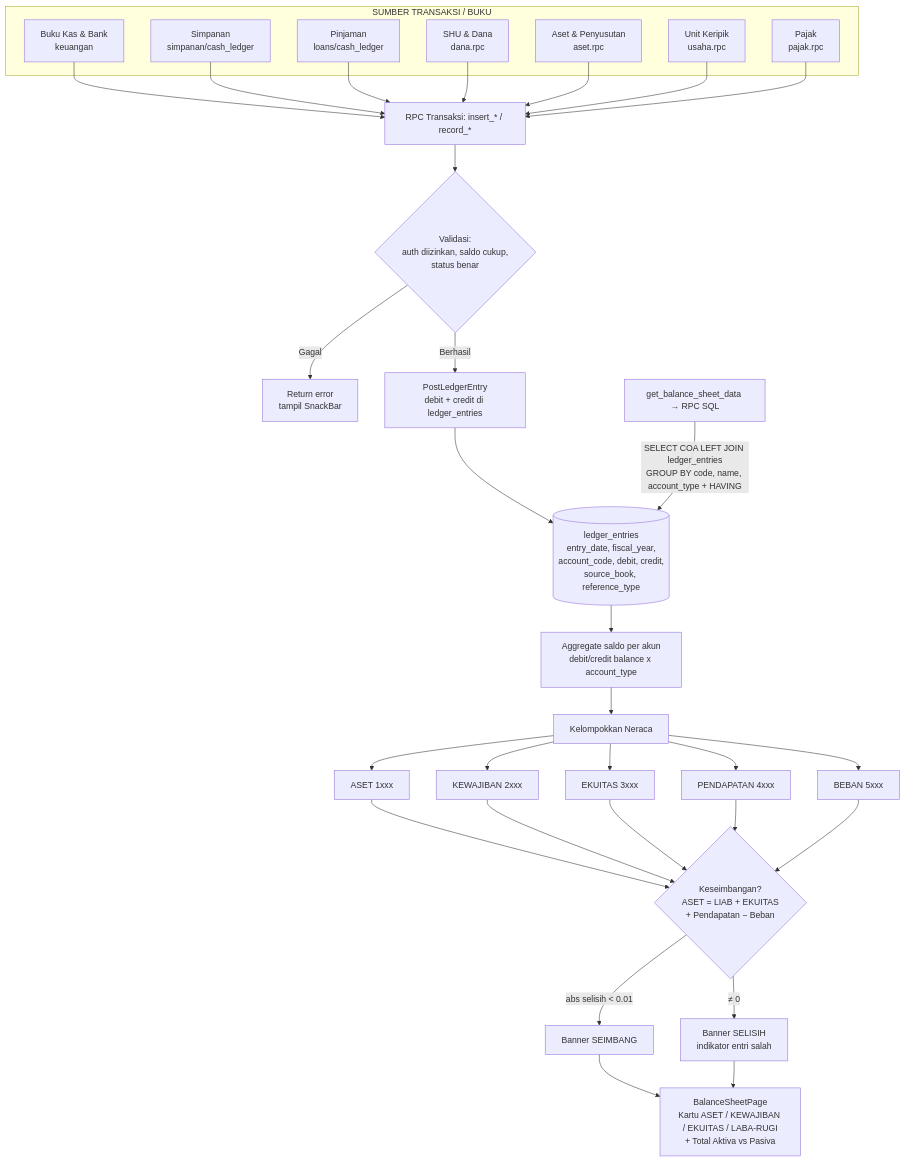
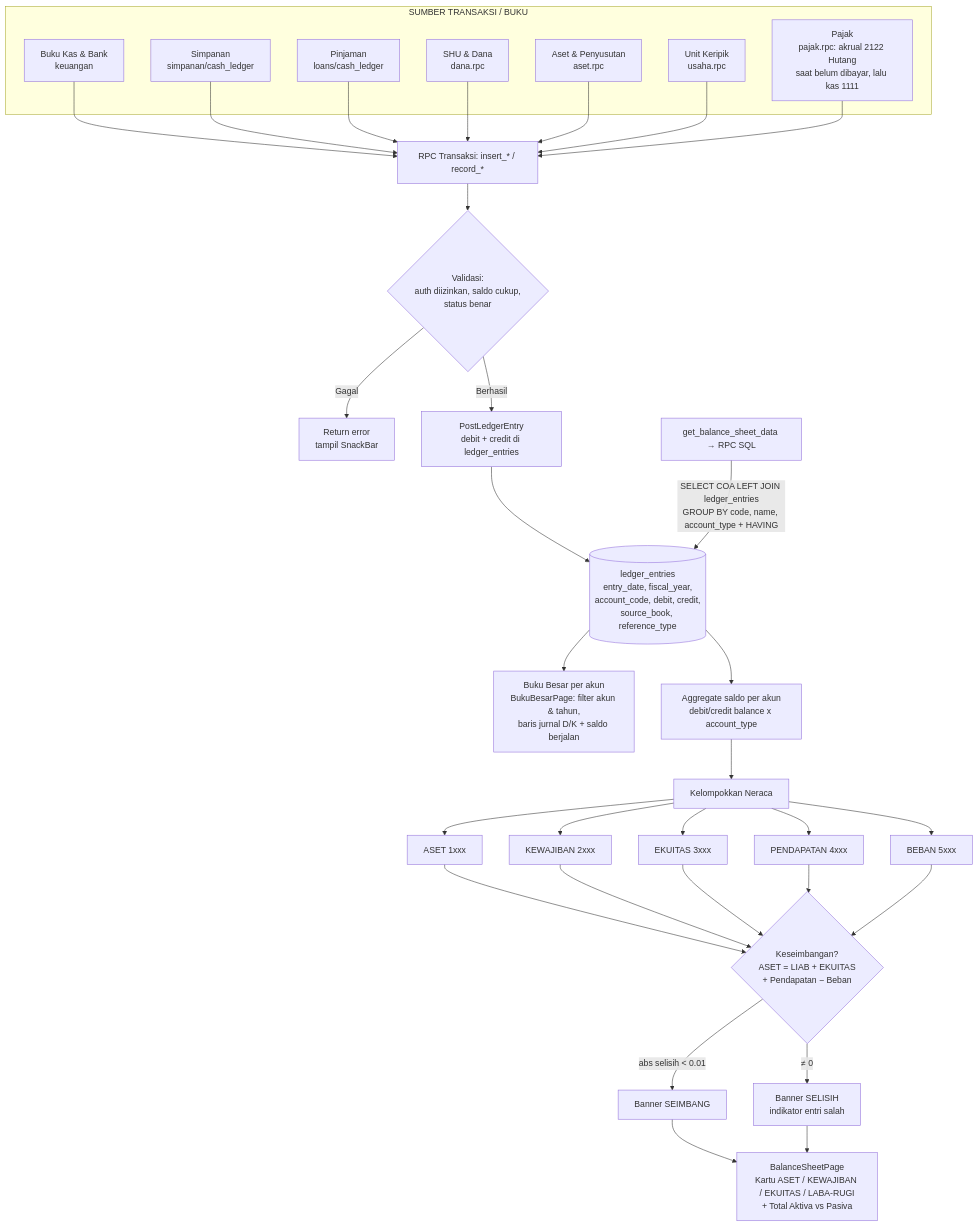
One commit to eLgorythm/sadaya-ksu changed the third of 4 diagrams in Flowchart-Sadaya.md. Above: the diagram before and after it, drawn with Mermaid. The commit also changed other lines of this file and 9 other files, not shown here.

Commit message:
feat(ledger): Buku Besar per akun + akrual pajak (2122) + Buku Besar di navbar

````diff
--- a/Flowchart-Sadaya.md
+++ b/Flowchart-Sadaya.md
@@ -107,47 +113,48 @@
 ```mermaid
 flowchart TD
     subgraph SUMBER[SUMBER TRANSAKSI / BUKU]
         K[Buku Kas & Bank<br/>keuangan]
         SIM[Simpanan<br/>simpanan/cash_ledger]
         PIN[Pinjaman<br/>loans/cash_ledger]
         DAN[SHU & Dana<br/>dana.rpc]
         AST[Aset & Penyusutan<br/>aset.rpc]
         USA[Unit Keripik<br/>usaha.rpc]
-        P[Pajak<br/>pajak.rpc]
+        P[Pajak<br/>pajak.rpc: akrual 2122 Hutang<br/>saat belum dibayar, lalu kas 1111]
     end
 
     K --> RPC[RPC Transaksi: insert_* / record_*]
     SIM --> RPC
     PIN --> RPC
     DAN --> RPC
     AST --> RPC
     USA --> RPC
     P --> RPC
 
     RPC --> VALID{Validasi:<br/>auth diizinkan, saldo cukup,<br/>status benar}
     VALID -->|Gagal| ERR[Return error<br/>tampil SnackBar]
     VALID -->|Berhasil| POST[PostLedgerEntry<br/>debit + credit di ledger_entries]
 
     POST --> LEDGER[(ledger_entries<br/>entry_date, fiscal_year,<br/>account_code, debit, credit,<br/>source_book, reference_type)]
 
     NERACA_RPC[get_balance_sheet_data → RPC SQL] -->|SELECT COA LEFT JOIN ledger_entries<br/>GROUP BY code, name, account_type + HAVING| LEDGER
+    LEDGER --> BBDETAIL[Buku Besar per akun<br/>BukuBesarPage: filter akun & tahun,<br/>baris jurnal D/K + saldo berjalan]
     LEDGER --> AGG[Aggregate saldo per akun<br/>debit/credit balance x account_type]
 
     AGG --> GRP[Kelompokkan Neraca]
     GRP --> G1[ASET 1xxx]
     GRP --> G2[KEWAJIBAN 2xxx]
     GRP --> G3[EKUITAS 3xxx]
     GRP --> G4[PENDAPATAN 4xxx]
     GRP --> G5[BEBAN 5xxx]
 
     G1 --> BAL{Keseimbangan?<br/>ASET = LIAB + EKUITAS<br/>+ Pendapatan − Beban}
     G2 --> BAL
     G3 --> BAL
     G4 --> BAL
     G5 --> BAL
 
     BAL -->|abs selisih < 0.01| MATCH[Banner SEIMBANG]
     BAL -->|≠ 0| MISMATCH[Banner SELISIH<br/>indikator entri salah]
     MATCH --> UI[BalanceSheetPage<br/>Kartu ASET / KEWAJIBAN / EKUITAS / LABA-RUGI<br/>+ Total Aktiva vs Pasiva]
     MISMATCH --> UI
 ```
````
